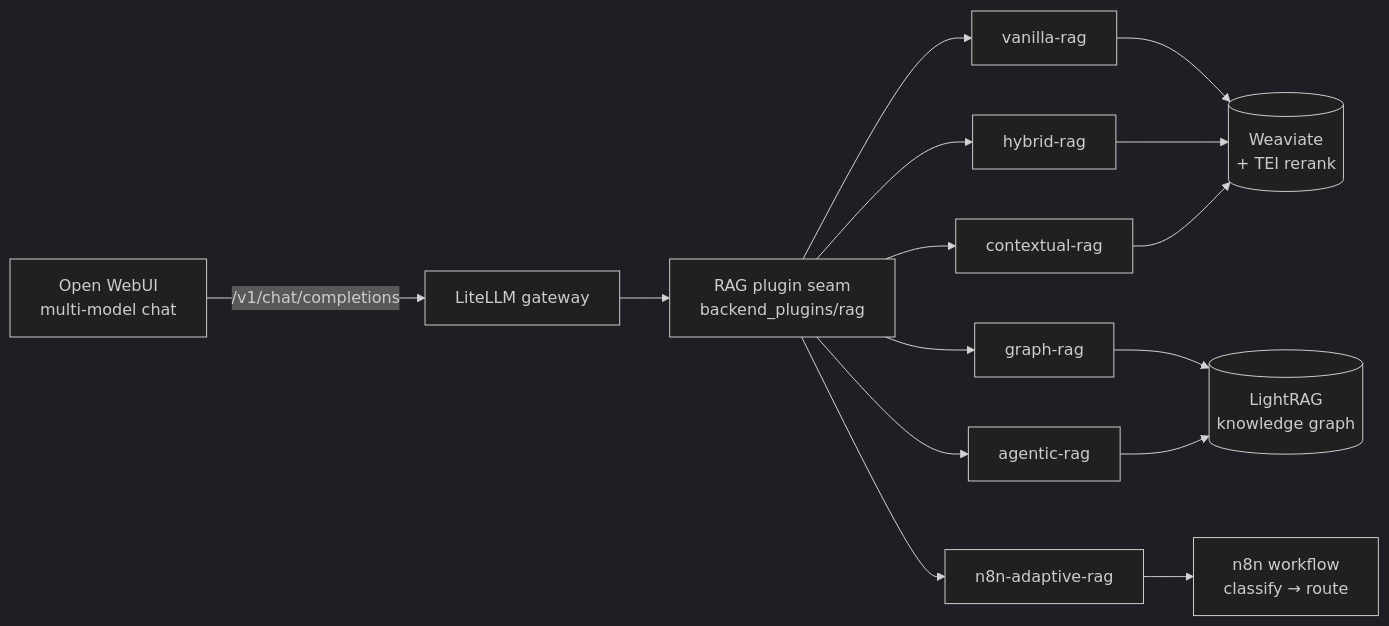
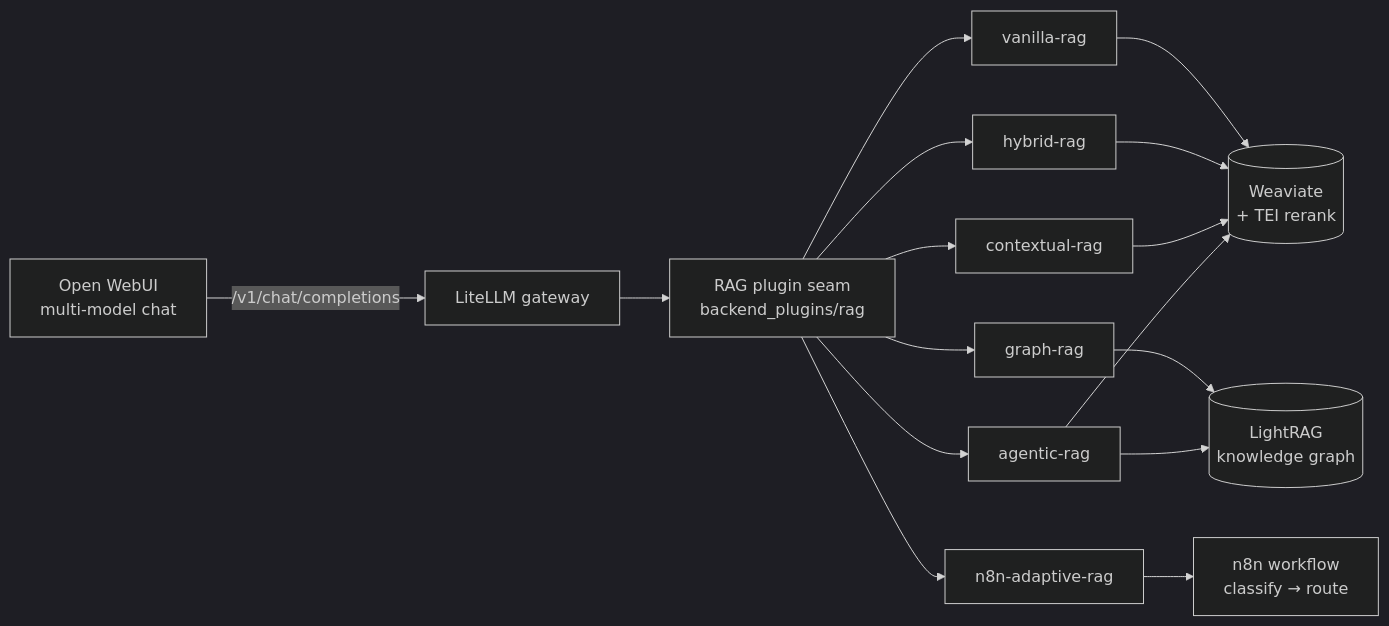
The diagram in docs/guide/overview.md (thekaveh/rag-showcase), drawn with Mermaid (dark theme) before and after one commit. The commit also changed 14 other files, not shown here.

````diff
--- a/docs/guide/overview.md
+++ b/docs/guide/overview.md
@@ -19,14 +19,14 @@
 ```mermaid
 flowchart LR
     U[Open WebUI<br/>multi-model chat] -->|/v1/chat/completions| L[LiteLLM gateway]
     L --> R[RAG plugin seam<br/>backend_plugins/rag]
     R --> V[vanilla-rag]
     R --> H[hybrid-rag]
     R --> C[contextual-rag]
     R --> G[graph-rag]
     R --> A[agentic-rag]
     R --> N[n8n-adaptive-rag]
-    V & H & C --> W[(Weaviate<br/>+ TEI rerank)]
+    V & H & C & A --> W[(Weaviate<br/>+ TEI rerank)]
     G & A --> LR[(LightRAG<br/>knowledge graph)]
     N --> WF[n8n workflow<br/>classify → route]
 ```
````
